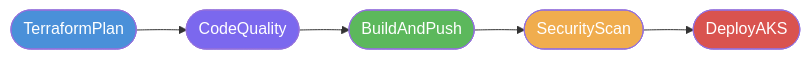
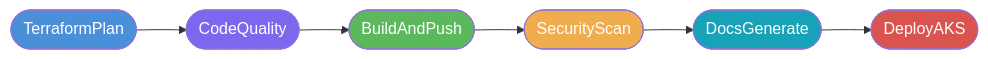
Before and after one commit to lhalha01/SumaBasicaDocker: the third of 6 diagrams in README.md, drawn with Mermaid. The commit also changed other lines of this file and 2 other files, not shown here.

Commit message:
docs: update README and api placeholders  add DocsGenerate stage, suma-docs architecture, Docs-as-Code section, security hardening details

````diff
--- a/README.md
+++ b/README.md
@@ -156,13 +186,15 @@
 ```mermaid
 flowchart LR
     A([TerraformPlan]) --> B([CodeQuality])
     B --> C([BuildAndPush])
     C --> D([SecurityScan])
-    D --> E([DeployAKS])
+    D --> E([DocsGenerate])
+    E --> F([DeployAKS])
 
     style A fill:#4a90d9,color:#fff
     style B fill:#7b68ee,color:#fff
     style C fill:#5cb85c,color:#fff
     style D fill:#f0ad4e,color:#fff
-    style E fill:#d9534f,color:#fff
+    style E fill:#17a2b8,color:#fff
+    style F fill:#d9534f,color:#fff
 ```
````
